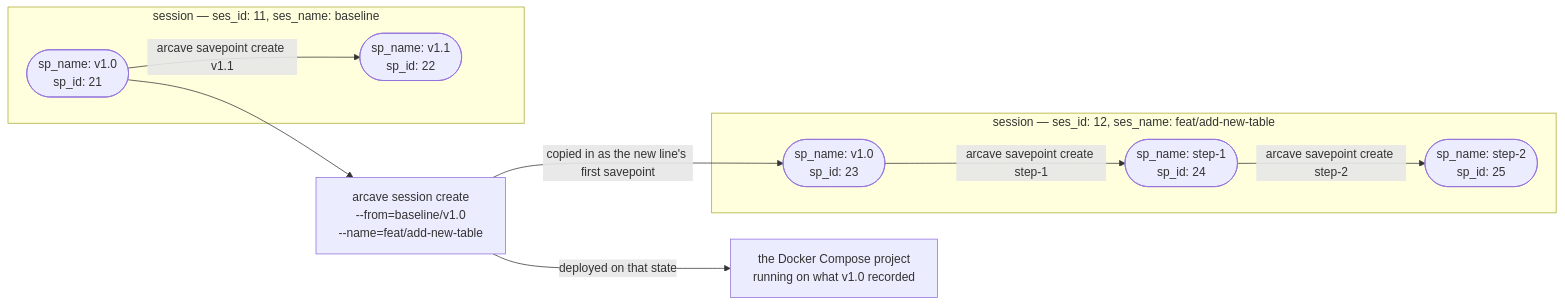
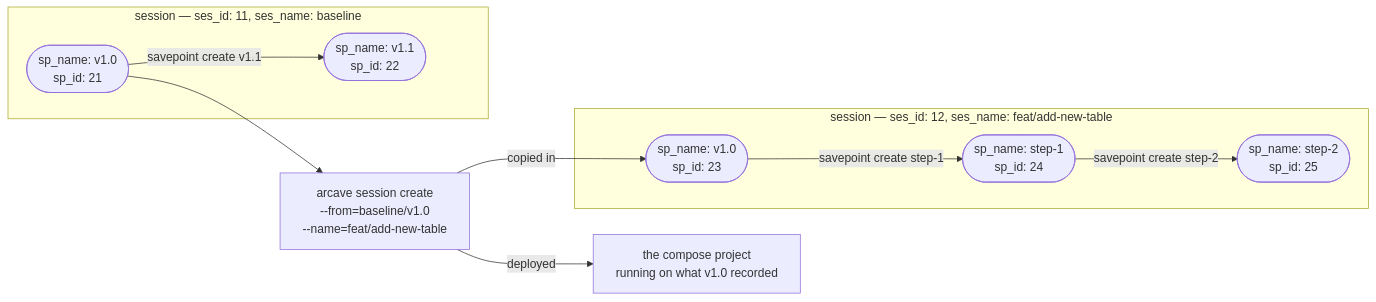
One commit to GreenmaskIO/arcave changed the third of 4 diagrams in docs/index.md. Above: the diagram before and after it, drawn with Mermaid. The commit also changed 5 other files, not shown here.

````diff
--- a/docs/index.md
+++ b/docs/index.md
@@ -95,13 +95,13 @@
 ```mermaid
 %%{init: {"flowchart": {"wrappingWidth": 340}} }%%
 flowchart LR
     subgraph sA["session — ses_id: 11, ses_name: baseline"]
-        A1(["sp_name: v1.0<br/>sp_id: 21"]) -- "arcave savepoint create v1.1" --> A2(["sp_name: v1.1<br/>sp_id: 22"])
+        A1(["sp_name: v1.0<br/>sp_id: 21"]) -- "savepoint create v1.1" --> A2(["sp_name: v1.1<br/>sp_id: 22"])
     end
     A1 --> F["arcave session create<br/>--from=baseline/v1.0<br/>--name=feat/add-new-table"]
-    F -- "copied in as the new line's first savepoint" --> B1
-    F -- "deployed on that state" --> E["the Docker Compose project<br/>running on what v1.0 recorded"]
+    F -- "copied in" --> B1
+    F -- "deployed" --> E["the compose project<br/>running on what v1.0 recorded"]
     subgraph sB["session — ses_id: 12, ses_name: feat/add-new-table"]
-        B1(["sp_name: v1.0<br/>sp_id: 23"]) -- "arcave savepoint create step-1" --> B2(["sp_name: step-1<br/>sp_id: 24"]) -- "arcave savepoint create step-2" --> B3(["sp_name: step-2<br/>sp_id: 25"])
+        B1(["sp_name: v1.0<br/>sp_id: 23"]) -- "savepoint create step-1" --> B2(["sp_name: step-1<br/>sp_id: 24"]) -- "savepoint create step-2" --> B3(["sp_name: step-2<br/>sp_id: 25"])
     end
 ```
````
